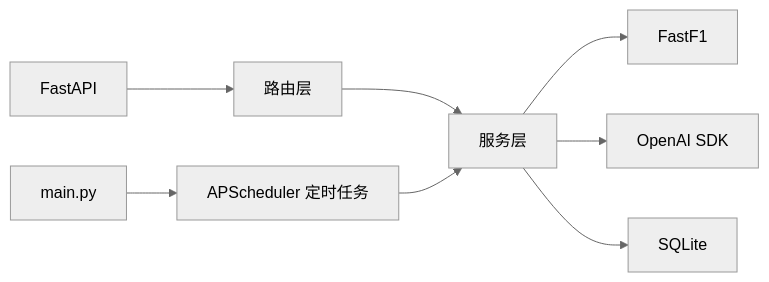
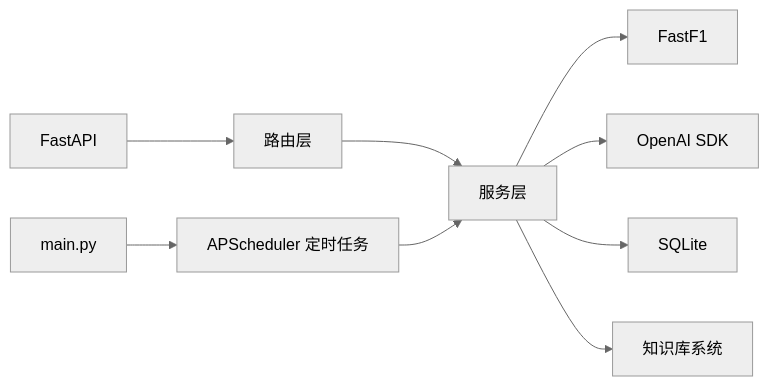
The tenth of 10 diagrams in .qoder/repowiki/zh/content/数据分析功能/AI 分析报告.md (jianai0330/Fast-F1), drawn with Mermaid (neutral theme) before and after one commit. The commit also changed other lines of this file and 22 other files, not shown here.

````diff
--- a/.qoder/repowiki/zh/content/数据分析功能/AI 分析报告.md
+++ b/.qoder/repowiki/zh/content/数据分析功能/AI 分析报告.md
@@ -448,10 +560,11 @@
 ```mermaid
 graph LR
 FastAPI["FastAPI"] --> Routers["路由层"]
 Routers --> Services["服务层"]
 Services --> FastF1["FastF1"]
 Services --> LLM["OpenAI SDK"]
 Services --> DB["SQLite"]
+Services --> Knowledge["知识库系统"]
 MAIN["main.py"] --> Scheduler["APScheduler 定时任务"]
 Scheduler --> Services
 ```
````
